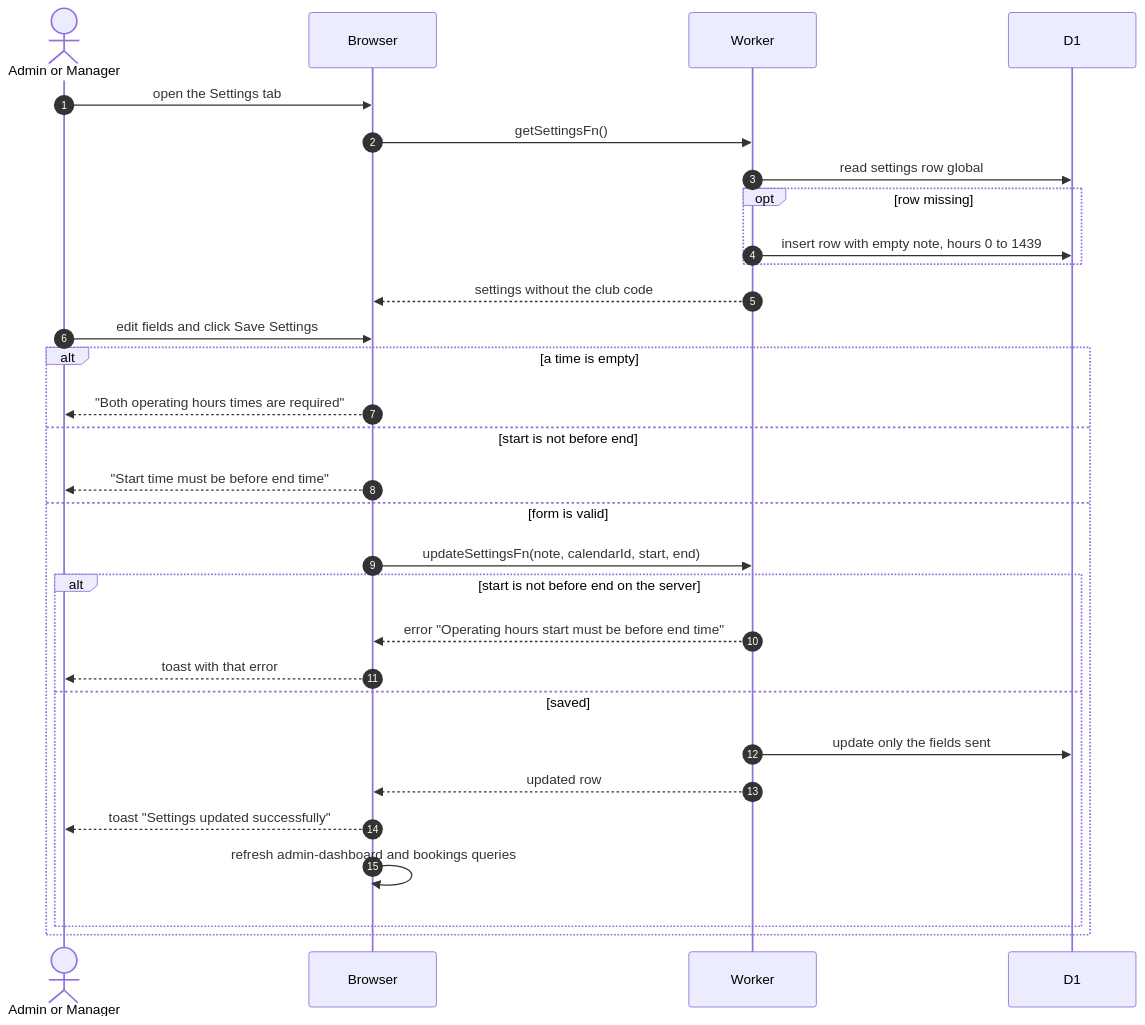
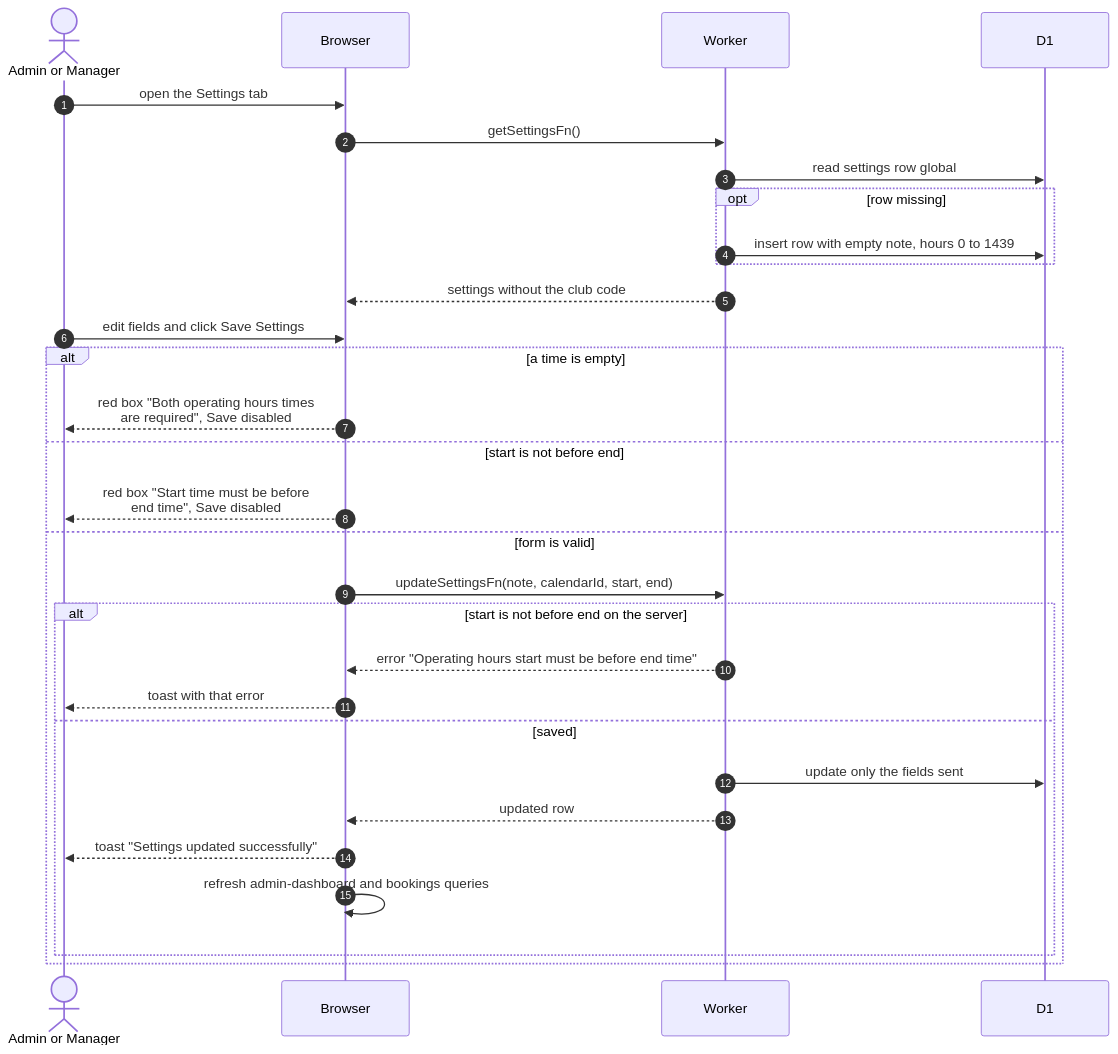
The diagram in docs/scenarios/admin/dashboard-settings.md (sagyzdop/meriksirat), drawn with Mermaid before and after one commit. The commit also changed other lines of this file and 24 other files, not shown here.

Commit message:
docs(scenarios): verify admin diagrams against the code

````diff
--- a/docs/scenarios/admin/dashboard-settings.md
+++ b/docs/scenarios/admin/dashboard-settings.md
@@ -14,33 +14,33 @@
 ```mermaid
 sequenceDiagram
     autonumber
     actor Person as Admin or Manager
     participant Browser
     participant Worker
     participant D1
 
     Person->>Browser: open the Settings tab
     Browser->>Worker: getSettingsFn()
     Worker->>D1: read settings row global
     opt row missing
         Worker->>D1: insert row with empty note, hours 0 to 1439
     end
     Worker-->>Browser: settings without the club code
     Person->>Browser: edit fields and click Save Settings
     alt a time is empty
-        Browser-->>Person: "Both operating hours times are required"
+        Browser-->>Person: red box "Both operating hours times<br/>are required", Save disabled
     else start is not before end
-        Browser-->>Person: "Start time must be before end time"
+        Browser-->>Person: red box "Start time must be before<br/>end time", Save disabled
     else form is valid
         Browser->>Worker: updateSettingsFn(note, calendarId, start, end)
         alt start is not before end on the server
             Worker-->>Browser: error "Operating hours start must be before end time"
             Browser-->>Person: toast with that error
         else saved
             Worker->>D1: update only the fields sent
             Worker-->>Browser: updated row
             Browser-->>Person: toast "Settings updated successfully"
             Browser->>Browser: refresh admin-dashboard and bookings queries
         end
     end
 ```
````
